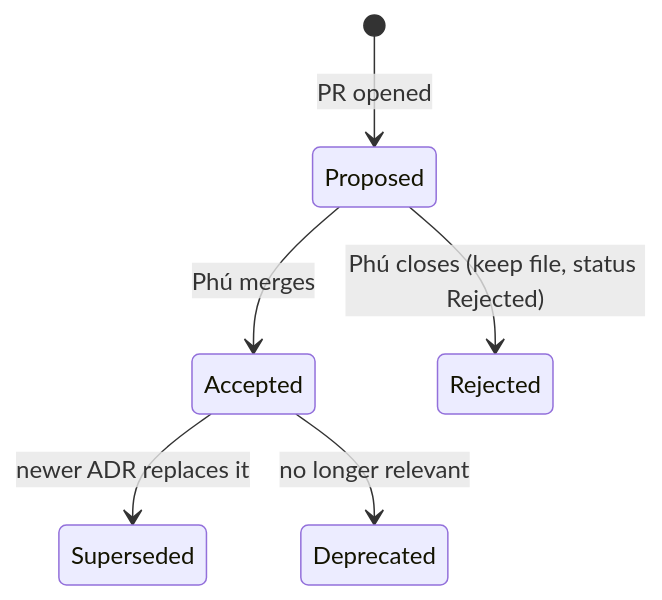
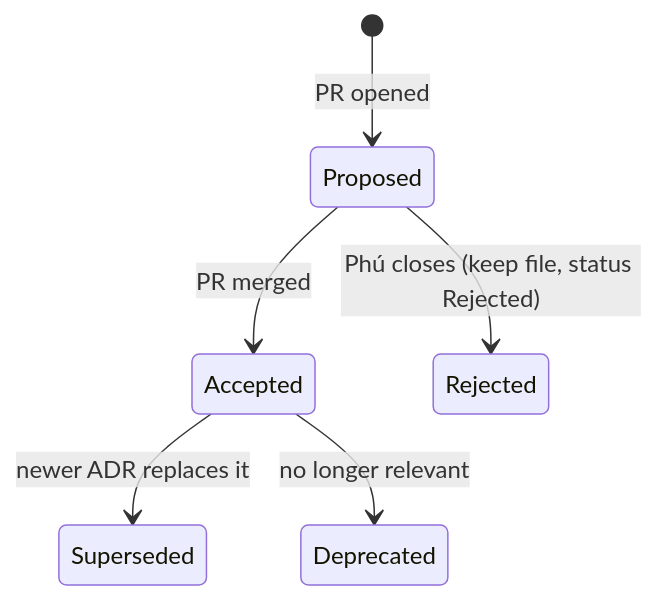
One commit to vinhphu2209/expense-app changed the diagram in docs/conventions/documentation.md. Above: the diagram before and after it, drawn with Mermaid. The commit also changed 20 other files, not shown here.

````diff
--- a/docs/conventions/documentation.md
+++ b/docs/conventions/documentation.md
@@ -48,8 +48,8 @@
 ```mermaid
 stateDiagram-v2
   [*] --> Proposed: PR opened
-  Proposed --> Accepted: Phú merges
+  Proposed --> Accepted: PR merged
   Proposed --> Rejected: Phú closes (keep file, status Rejected)
   Accepted --> Superseded: newer ADR replaces it
   Accepted --> Deprecated: no longer relevant
 ```
````
